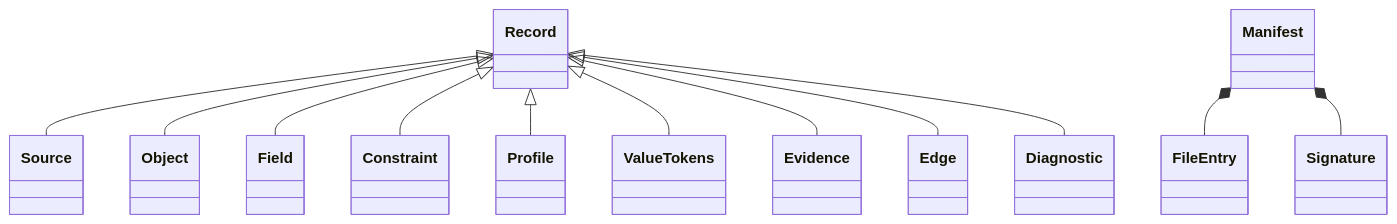
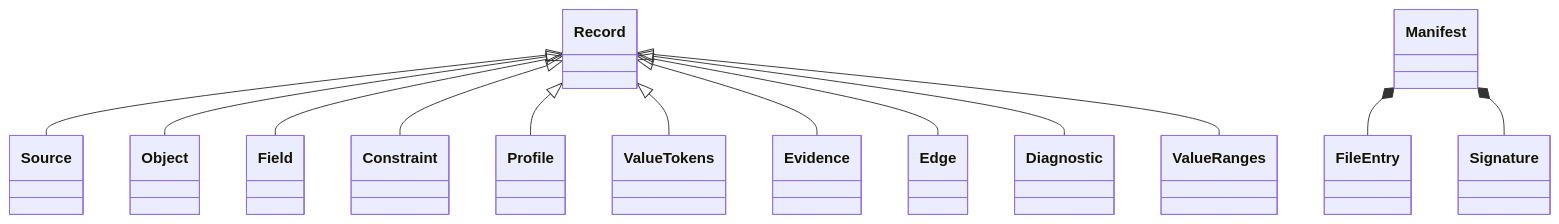
The eighth of 8 diagrams in TECHNICAL_IMPLEMENTATION.md (bayern4teams/db-catalogue), drawn with Mermaid before and after one commit. The commit also changed other lines of this file and 2 other files, not shown here.

````diff
--- a/TECHNICAL_IMPLEMENTATION.md
+++ b/TECHNICAL_IMPLEMENTATION.md
@@ -159,16 +159,17 @@
 ```mermaid
 classDiagram
   class Record
   Record <|-- Source
   Record <|-- Object
   Record <|-- Field
   Record <|-- Constraint
   Record <|-- Profile
   Record <|-- ValueTokens
   Record <|-- Evidence
   Record <|-- Edge
   Record <|-- Diagnostic
+  Record <|-- ValueRanges
   class Manifest
   Manifest *-- FileEntry
   Manifest *-- Signature
 ```
````
